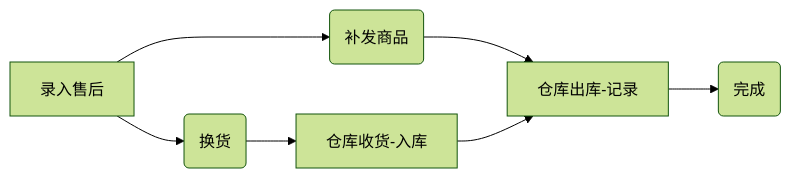
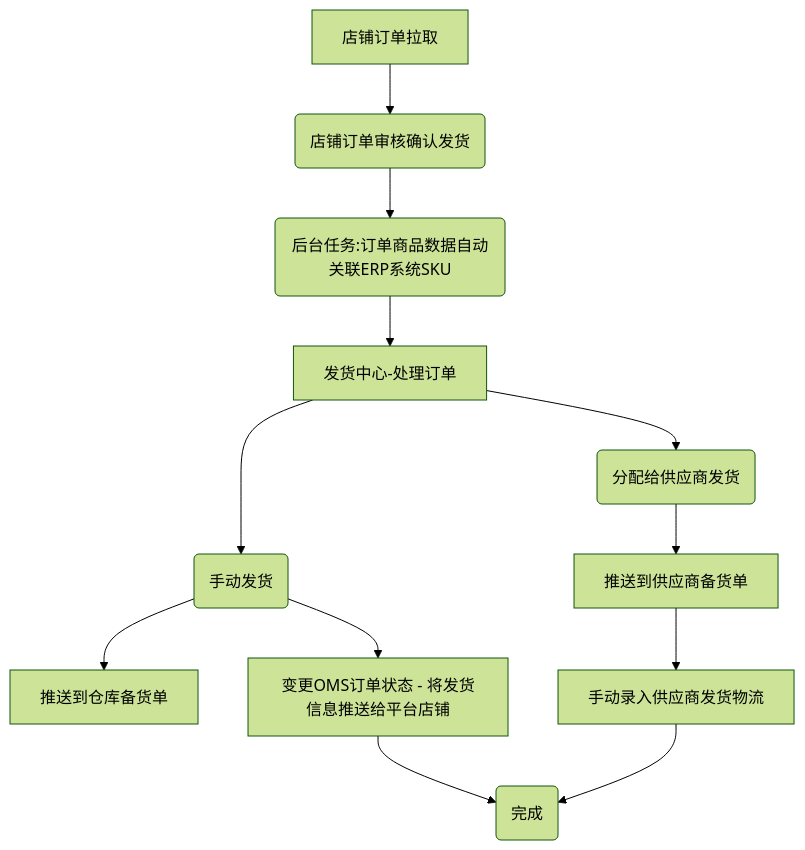
One commit to zeasin/qihangerp-open changed the third of 4 diagrams in README.md. Above: the diagram before and after it, drawn with Mermaid (forest theme). The commit also changed other lines of this file and 2 other files, not shown here.

````diff
--- a/README.md
+++ b/README.md
@@ -192,9 +74,15 @@
 ```mermaid
-graph LR
-A[录入售后] -->B(补发商品)
-    B --> H[仓库出库-记录]
-    A --> D(换货)
-    D --> E[仓库收货-入库]
-    E --> H
-    H --> F(完成)
+graph TD
+    A[店铺订单拉取] -->B(店铺订单审核确认发货)
+    B --> C(后台任务:订单商品数据自动关联ERP系统SKU)
+    C --> D[发货中心-处理订单]
+    D --> E1(分配给供应商发货)
+    D --> E2(手动发货)
+    E1 --> F1[推送到供应商备货单]
+    E2 --> F2[推送到仓库备货单]
+    F1 --> G1[手动录入供应商发货物流]
+    E2 --> G[变更OMS订单状态 - 将发货信息推送给平台店铺]
+    G --> H(完成)
+    G1 --> H
+   
 ```
````
